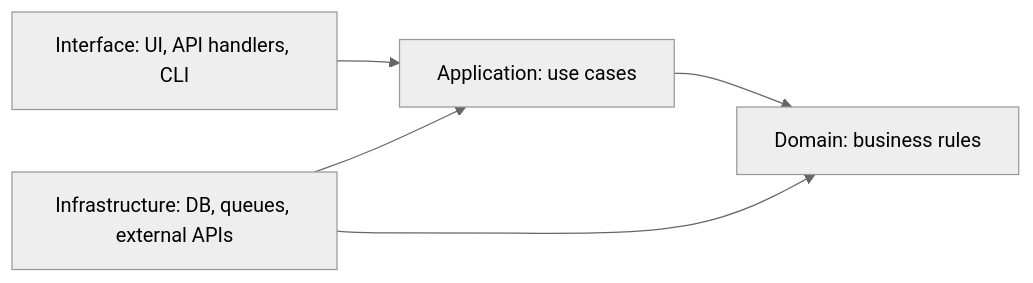
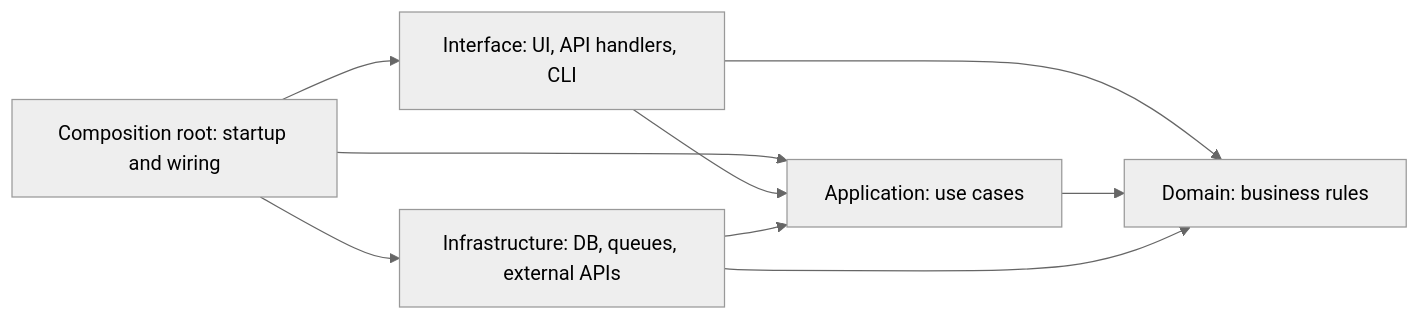
One commit to yh-ong/project-knowledge-base-template changed the diagram in kb/05-implementation/conventions.md. Above: the diagram before and after it, drawn with Mermaid (neutral theme). The commit also changed other lines of this file and 1 other file, not shown here.

Commit message:
docs(kb): add composition root and squash-merge footer rule
Architecture rules gain a composition root layer for startup wiring, the
only place that may import both Interface and Infrastructure; the diagram
now matches the May-import table.

Commit rules: PR titles follow the header format only, and the final
squash commit must carry the Refs and BREAKING CHANGE footers.

````diff
--- a/kb/05-implementation/conventions.md
+++ b/kb/05-implementation/conventions.md
@@ -51,7 +51,11 @@
 ```mermaid
 flowchart LR
-  ui["Interface: UI, API handlers, CLI"] --> app["Application: use cases"]
-  app --> domain["Domain: business rules"]
-  infra["Infrastructure: DB, queues, external APIs"] --> app
+  boot["Composition root: startup and wiring"] --> ui["Interface: UI, API handlers, CLI"]
+  boot --> infra["Infrastructure: DB, queues, external APIs"]
+  boot --> app["Application: use cases"]
+  ui --> app
+  ui --> domain["Domain: business rules"]
+  app --> domain
+  infra --> app
   infra --> domain
 ```
````
